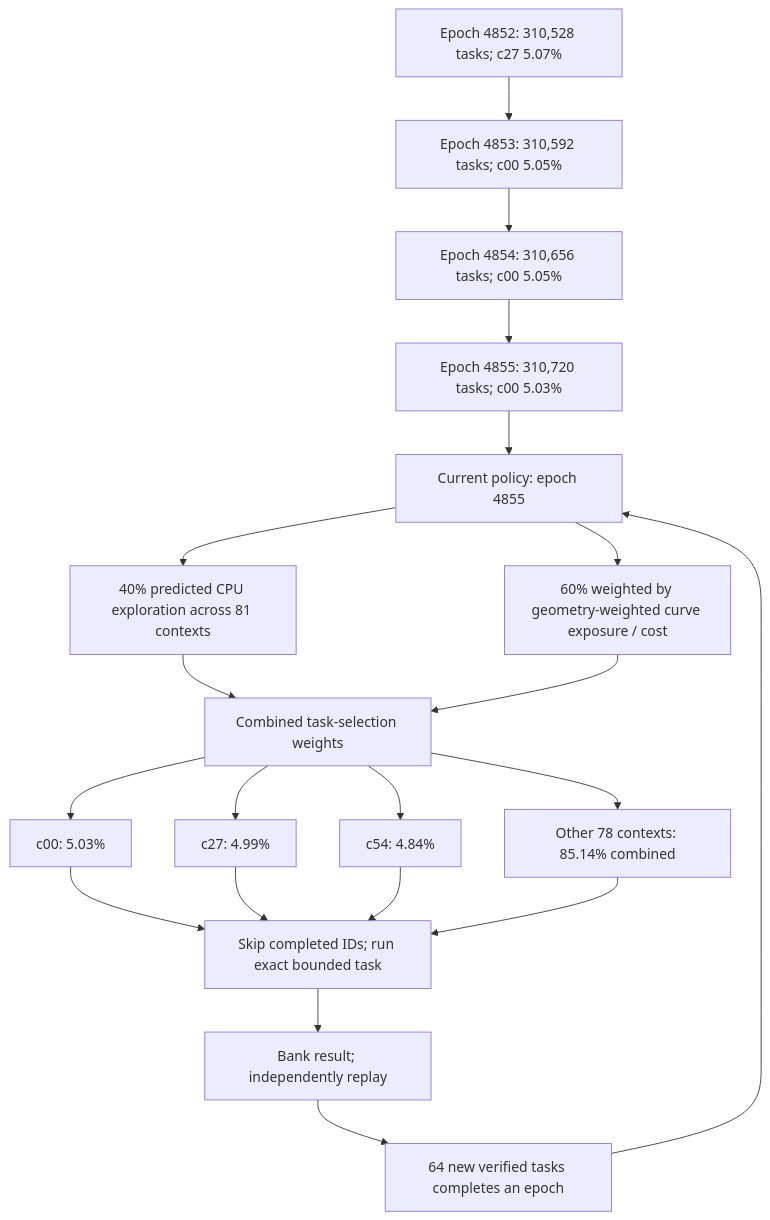
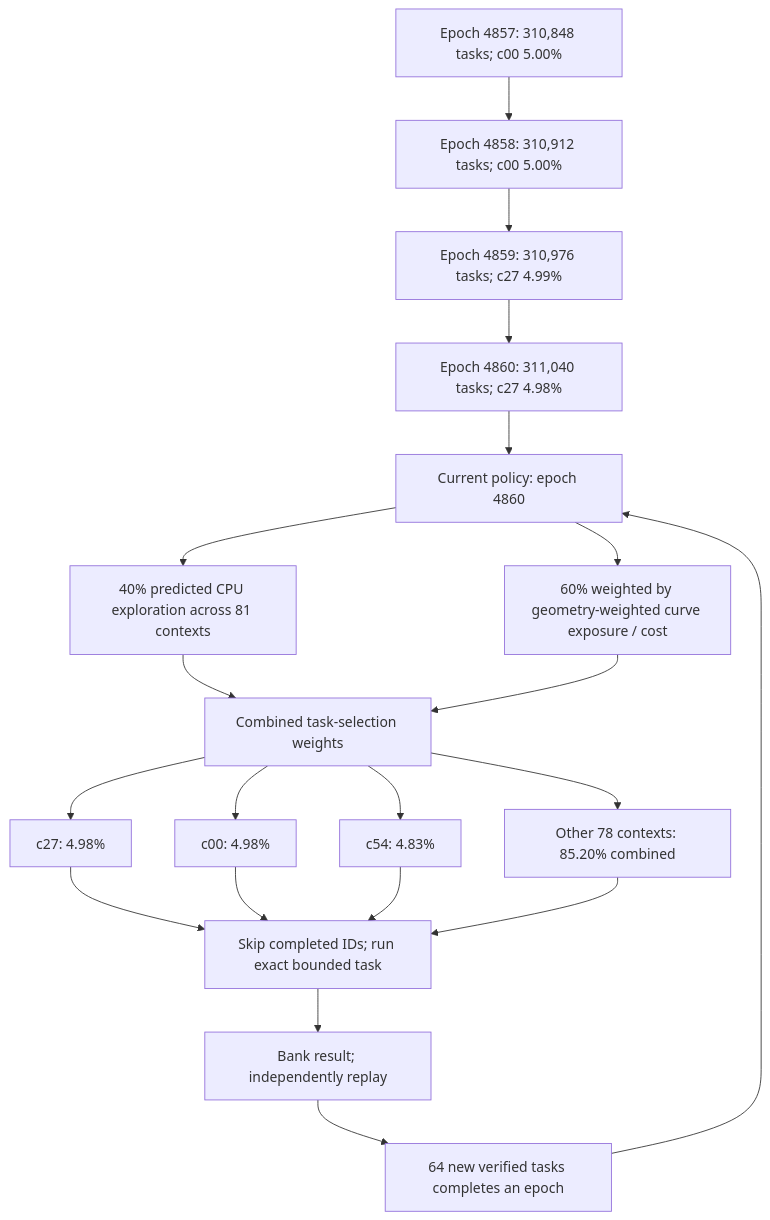
The first of 3 diagrams in README.md (Kuberwastaken/math-gambling), drawn with Mermaid before and after one commit. The commit also changed other lines of this file and 690 other files, not shown here.

````diff
--- a/README.md
+++ b/README.md
@@ -60,27 +60,27 @@
 ```mermaid
 flowchart TD
-    H0["Epoch 4852: 310,528 tasks; c27 5.07%"]
-    H1["Epoch 4853: 310,592 tasks; c00 5.05%"]
+    H0["Epoch 4857: 310,848 tasks; c00 5.00%"]
+    H1["Epoch 4858: 310,912 tasks; c00 5.00%"]
     H0 --> H1
-    H2["Epoch 4854: 310,656 tasks; c00 5.05%"]
+    H2["Epoch 4859: 310,976 tasks; c27 4.99%"]
     H1 --> H2
-    H3["Epoch 4855: 310,720 tasks; c00 5.03%"]
+    H3["Epoch 4860: 311,040 tasks; c27 4.98%"]
     H2 --> H3
-    Policy["Current policy: epoch 4855"]
+    Policy["Current policy: epoch 4860"]
     H3 --> Policy
     Policy --> Explore["40% predicted CPU exploration across 81 contexts"]
     Policy --> Cost["60% weighted by geometry-weighted curve exposure / cost"]
     Explore --> Mix["Combined task-selection weights"]
     Cost --> Mix
-    Mix --> C0["c00: 5.03%"]
-    Mix --> C1["c27: 4.99%"]
-    Mix --> C2["c54: 4.84%"]
-    Mix --> Rest["Other 78 contexts: 85.14% combined"]
+    Mix --> C0["c27: 4.98%"]
+    Mix --> C1["c00: 4.98%"]
+    Mix --> C2["c54: 4.83%"]
+    Mix --> Rest["Other 78 contexts: 85.20% combined"]
     C0 --> Check["Skip completed IDs; run exact bounded task"]
     C1 --> Check
     C2 --> Check
     Rest --> Check
     Check --> Replay["Bank result; independently replay"]
     Replay --> Gate["64 new verified tasks completes an epoch"]
     Gate --> Policy
 ```
````
